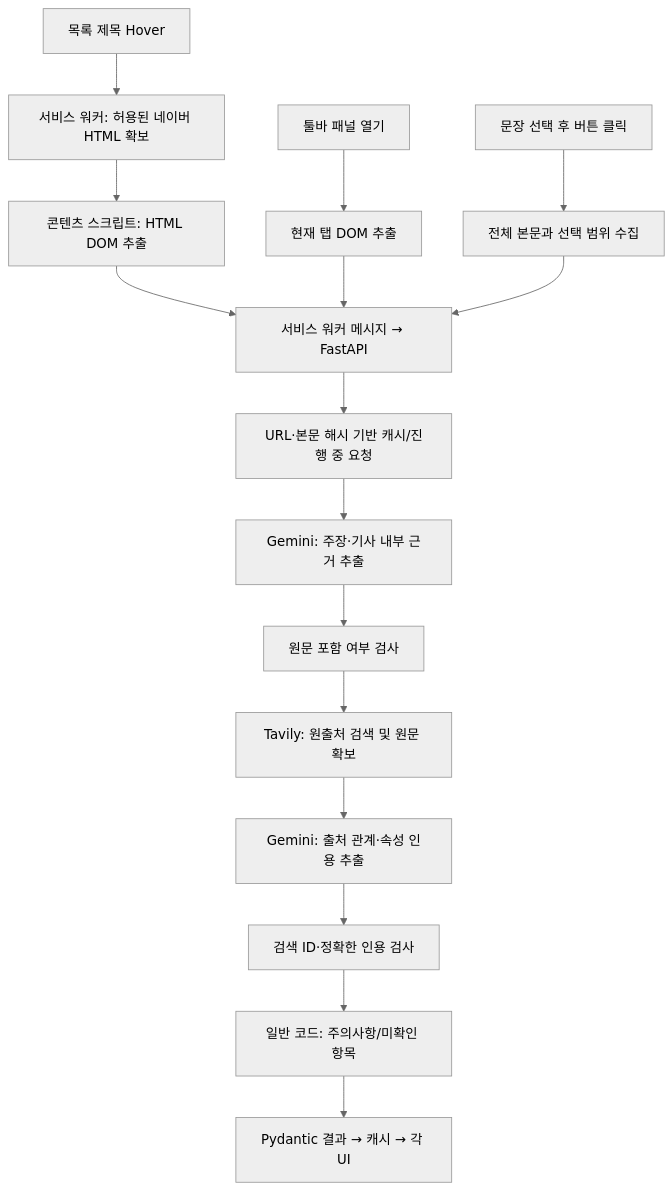
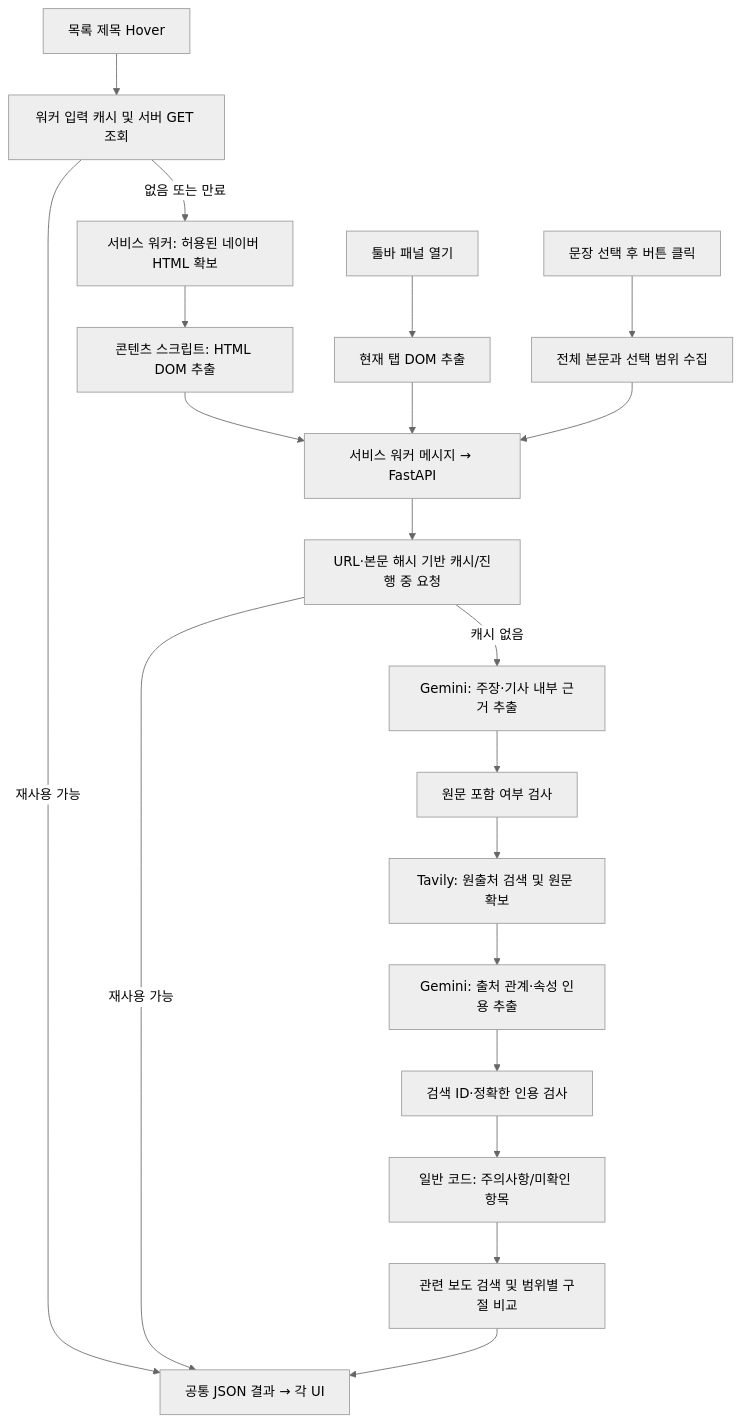
One commit to andrewmingyu/-_- changed the diagram in docs/ARCHITECTURE.md. Above: the diagram before and after it, drawn with Mermaid (neutral theme). The commit also changed other lines of this file and 36 other files, not shown here.

````diff
--- a/docs/ARCHITECTURE.md
+++ b/docs/ARCHITECTURE.md
@@ -18,18 +88,22 @@
 ```mermaid
 flowchart TD
-    A[목록 제목 Hover] --> B[서비스 워커: 허용된 네이버 HTML 확보]
+    A[목록 제목 Hover] --> Q[워커 입력 캐시 및 서버 GET 조회]
+    Q -->|재사용 가능| P[공통 JSON 결과 → 각 UI]
+    Q -->|없음 또는 만료| B[서비스 워커: 허용된 네이버 HTML 확보]
     B --> C[콘텐츠 스크립트: HTML DOM 추출]
     D[툴바 패널 열기] --> E[현재 탭 DOM 추출]
     F[문장 선택 후 버튼 클릭] --> G[전체 본문과 선택 범위 수집]
     C --> H[서비스 워커 메시지 → FastAPI]
     E --> H
     G --> H
     H --> I[URL·본문 해시 기반 캐시/진행 중 요청]
-    I --> J[Gemini: 주장·기사 내부 근거 추출]
+    I -->|캐시 없음| J[Gemini: 주장·기사 내부 근거 추출]
+    I -->|재사용 가능| P
     J --> K[원문 포함 여부 검사]
     K --> L[Tavily: 원출처 검색 및 원문 확보]
     L --> M[Gemini: 출처 관계·속성 인용 추출]
     M --> N[검색 ID·정확한 인용 검사]
     N --> O[일반 코드: 주의사항/미확인 항목]
-    O --> P[Pydantic 결과 → 캐시 → 각 UI]
+    O --> R[관련 보도 검색 및 범위별 구절 비교]
+    R --> P
 ```
````
